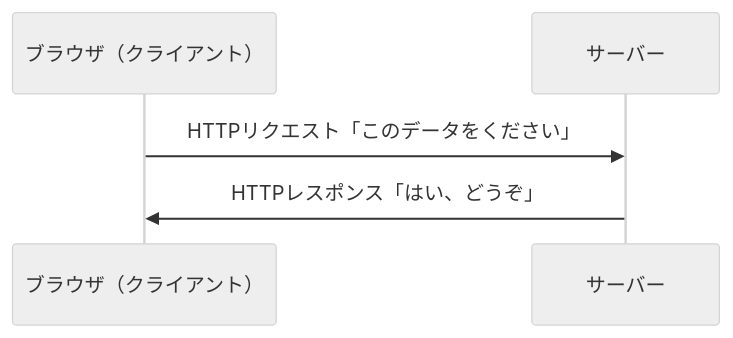
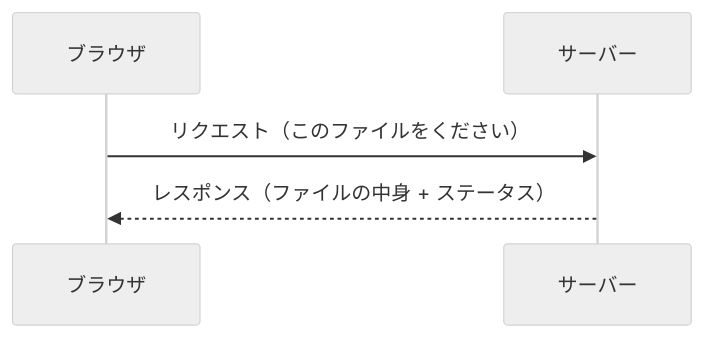
The diagram in docs/drafts/012/index.md (ozaki25/web-front-training-ozaki25), drawn with Mermaid (neutral theme) before and after one commit. The commit also changed other lines of this file and 8 other files, not shown here.

````diff
--- a/docs/drafts/012/index.md
+++ b/docs/drafts/012/index.md
@@ -16,7 +25,7 @@
 ```mermaid
 sequenceDiagram
-    participant Browser as ブラウザ（クライアント）
-    participant Server as サーバー
-    Browser->>Server: HTTPリクエスト「このデータをください」
-    Server->>Browser: HTTPレスポンス「はい、どうぞ」
+    participant B as ブラウザ
+    participant S as サーバー
+    B->>S: リクエスト（このファイルをください）
+    S-->>B: レスポンス（ファイルの中身 + ステータス）
 ```
````
